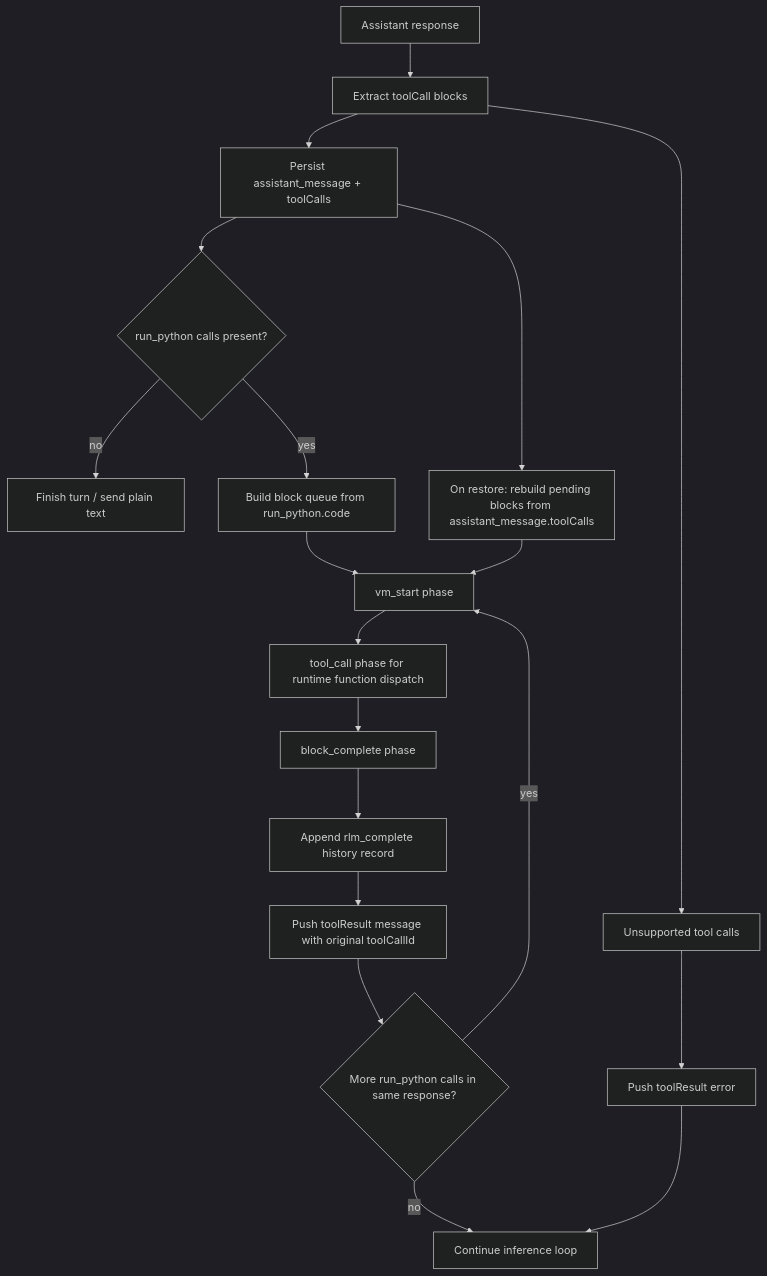
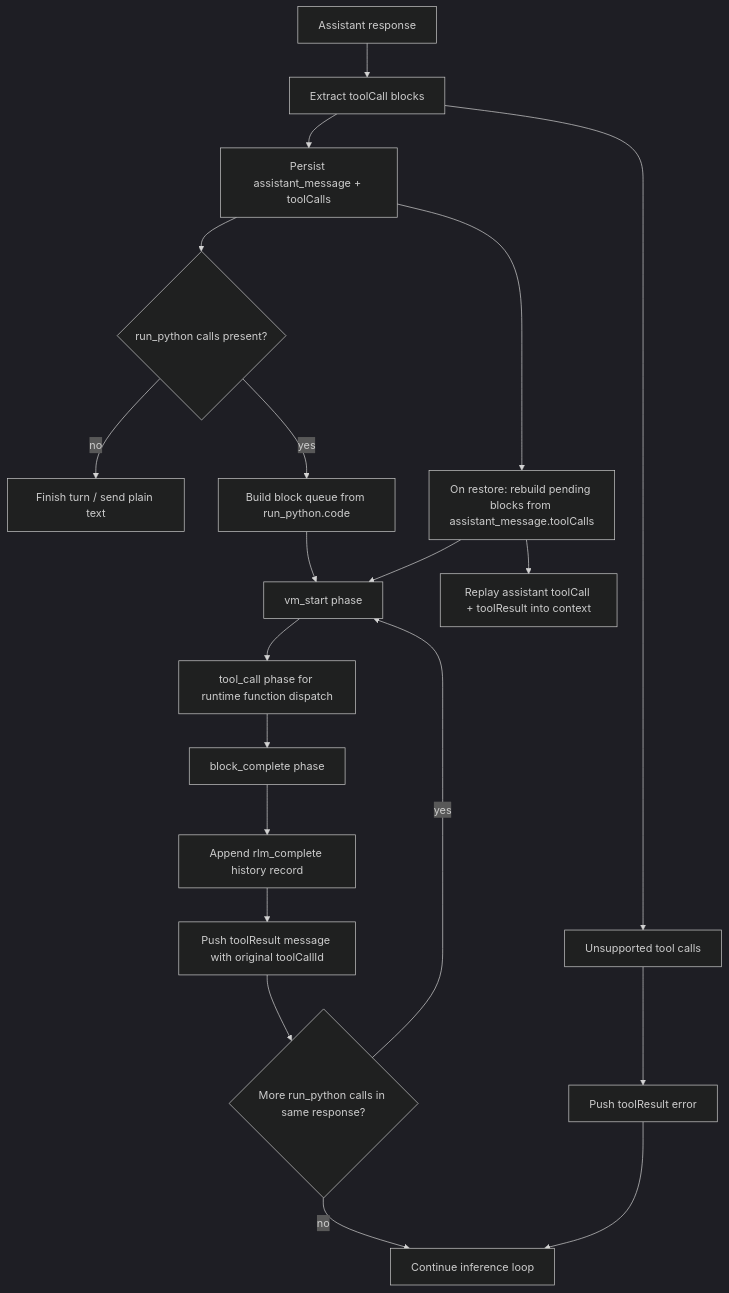
Before and after one commit to ex3ndr/daycare: the diagram in doc/internals/rlm-multiline-python.md, drawn with Mermaid (dark theme). The commit also changed other lines of this file and 3 other files, not shown here.

Commit message:
fix(agent): replay tool calls on restore

````diff
--- a/doc/internals/rlm-multiline-python.md
+++ b/doc/internals/rlm-multiline-python.md
@@ -17,21 +18,22 @@
 ```mermaid
 flowchart TD
   U[Assistant response] --> A[Extract toolCall blocks]
   A --> B[Persist assistant_message + toolCalls]
   B --> C{run_python calls present?}
   C -- no --> D[Finish turn / send plain text]
   C -- yes --> E[Build block queue from run_python.code]
   E --> F[vm_start phase]
   F --> G[tool_call phase for runtime function dispatch]
   G --> H[block_complete phase]
   H --> I[Append rlm_complete history record]
   I --> J[Push toolResult message with original toolCallId]
   J --> K{More run_python calls in same response?}
   K -- yes --> F
   K -- no --> L[Continue inference loop]
   A --> M[Unsupported tool calls]
   M --> N[Push toolResult error]
   N --> L
   B --> O[On restore: rebuild pending blocks from assistant_message.toolCalls]
   O --> F
+  O --> P[Replay assistant toolCall + toolResult into context]
 ```
````
